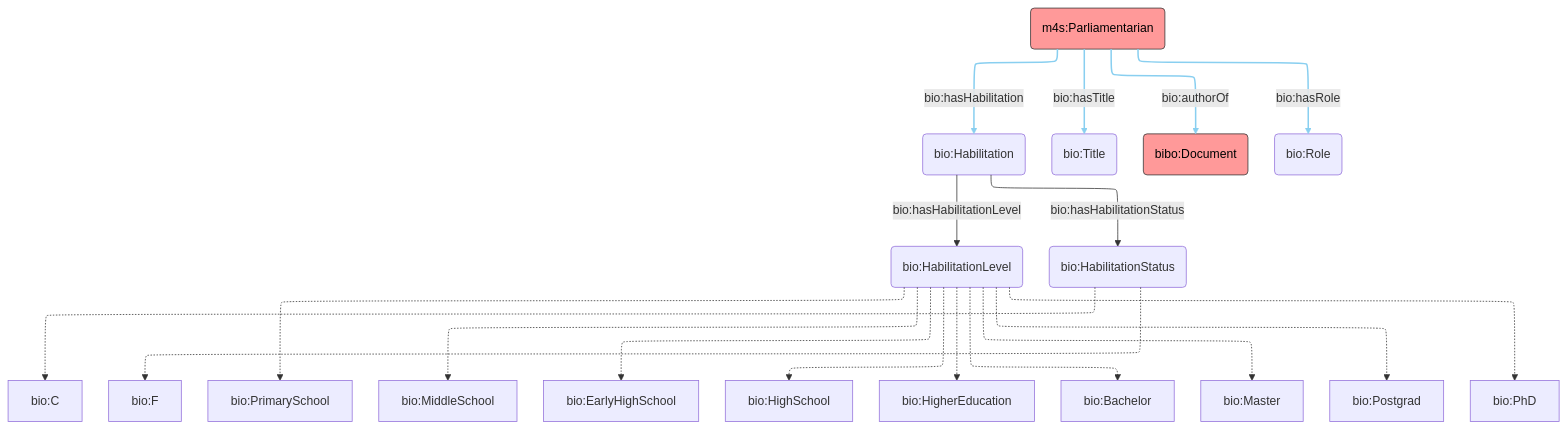
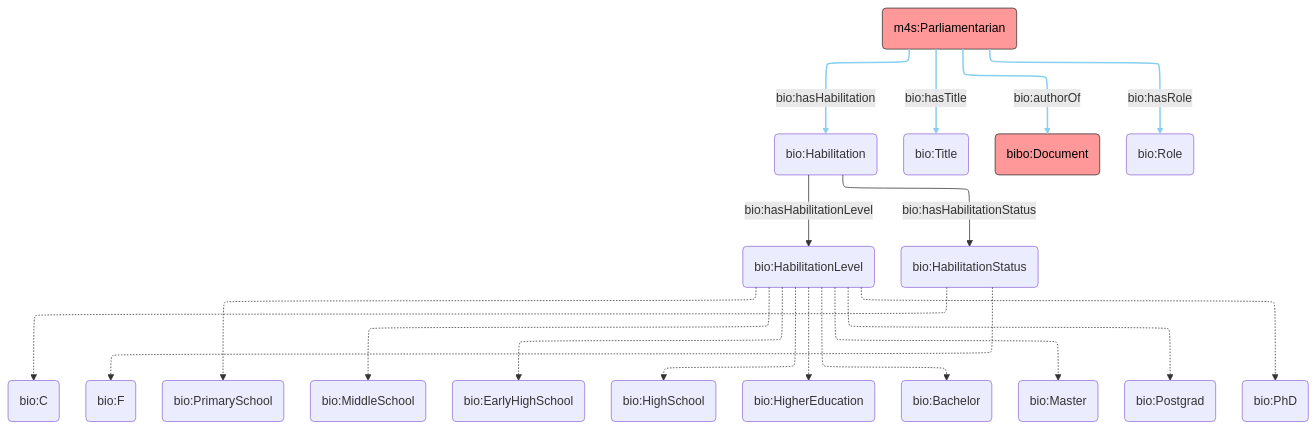
Before and after one commit to politrackpt/ontologies: the diagram in POLIS/AR/biographic/bio.mmd, drawn with Mermaid.

Commit message:
Refactor bio.mmd to improve syntax consistency

```diff
--- a/POLIS/AR/biographic/bio.mmd
+++ b/POLIS/AR/biographic/bio.mmd
@@ -1,28 +1,28 @@
 ---
 config:
   layout: elk
 ---
 flowchart TB
-    MP("m4s:Parliamentarian") -- bio:hasHabilitation --> Edu("bio:Habilitation")
-    MP -- bio:hasTitle --> Title("bio:Title")
-    MP -- bio:authorOf --> Document("bibo:Document")
-    MP -- bio:hasRole --> Role("bio:Role")
-    Edu -- bio:hasHabilitationLevel --> Level("bio:HabilitationLevel")
-    Edu -- bio:hasHabilitationStatus --> Status("bio:HabilitationStatus")
-    Status -.-> bio:C
-    Status -.-> bio:F
+    MP(m4s:Parliamentarian) -- bio:hasHabilitation --> Edu(bio:Habilitation)
+    MP -- bio:hasTitle --> Title(bio:Title)
+    MP -- bio:authorOf --> Document(bibo:Document)
+    MP -- bio:hasRole --> Role(bio:Role)
+    Edu -- bio:hasHabilitationLevel --> Level(bio:HabilitationLevel)
+    Edu -- bio:hasHabilitationStatus --> Status(bio:HabilitationStatus)
+    Status -.-> bio:C("bio:C")
+    Status -.-> bio:F("bio:F")
 
-    Level -.-> bio:PrimarySchool
-Level -.-> bio:MiddleSchool
-Level -.-> bio:EarlyHighSchool
-Level -.-> bio:HighSchool
-Level -.-> bio:HigherEducation
-Level -.-> bio:Bachelor
-Level -.-> bio:Master
-Level -.-> bio:Postgrad
-Level -.-> bio:PhD
+    Level -.-> bio:PrimarySchool("bio:PrimarySchool")
+    Level -.-> bio:MiddleSchool("bio:MiddleSchool")
+    Level -.-> bio:EarlyHighSchool("bio:EarlyHighSchool")
+    Level -.-> bio:HighSchool("bio:HighSchool")
+    Level -.-> bio:HigherEducation("bio:HigherEducation")
+    Level -.-> bio:Bachelor("bio:Bachelor")
+    Level -.-> bio:Master("bio:Master")
+    Level -.-> bio:Postgrad("bio:Postgrad")
+    Level -.-> bio:PhD("bio:PhD")
 
 
     style MP fill:#FF9999,stroke:#333,color:#000
     style Document fill:#FF9999,stroke:#333,color:#000
     linkStyle 0,1,2,3 stroke:#89CFF0,stroke-width:2px
```
